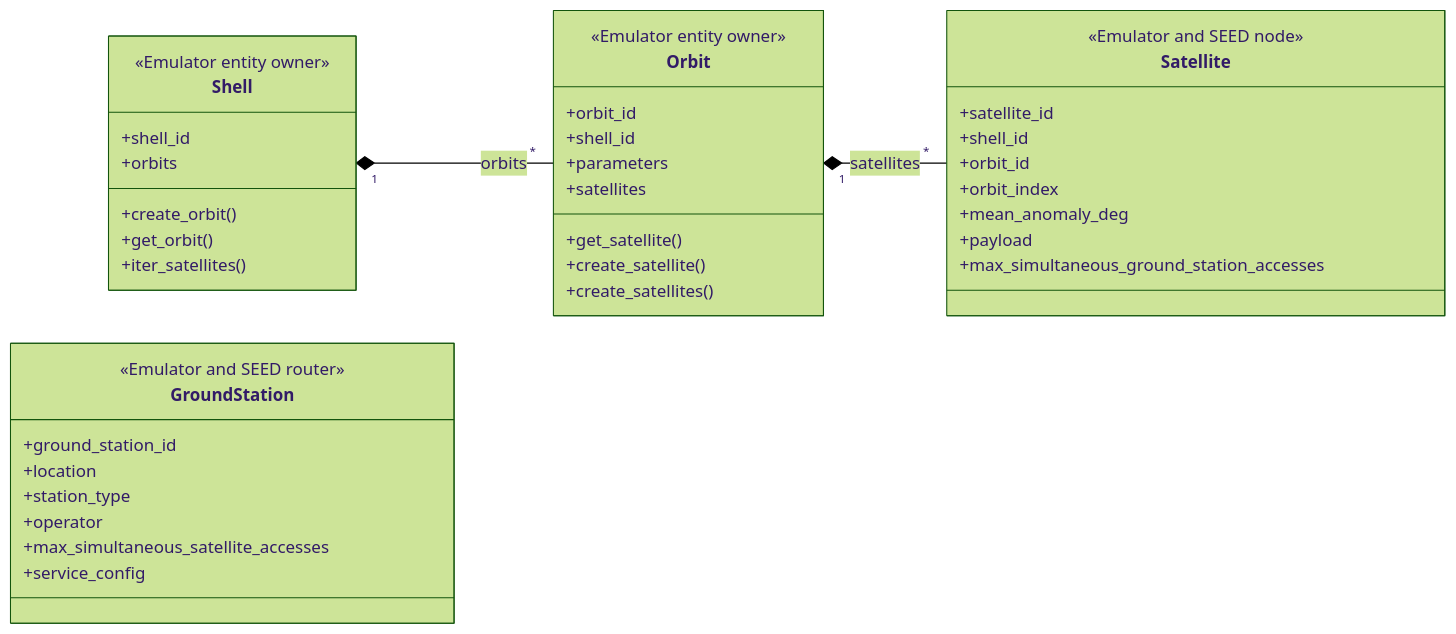
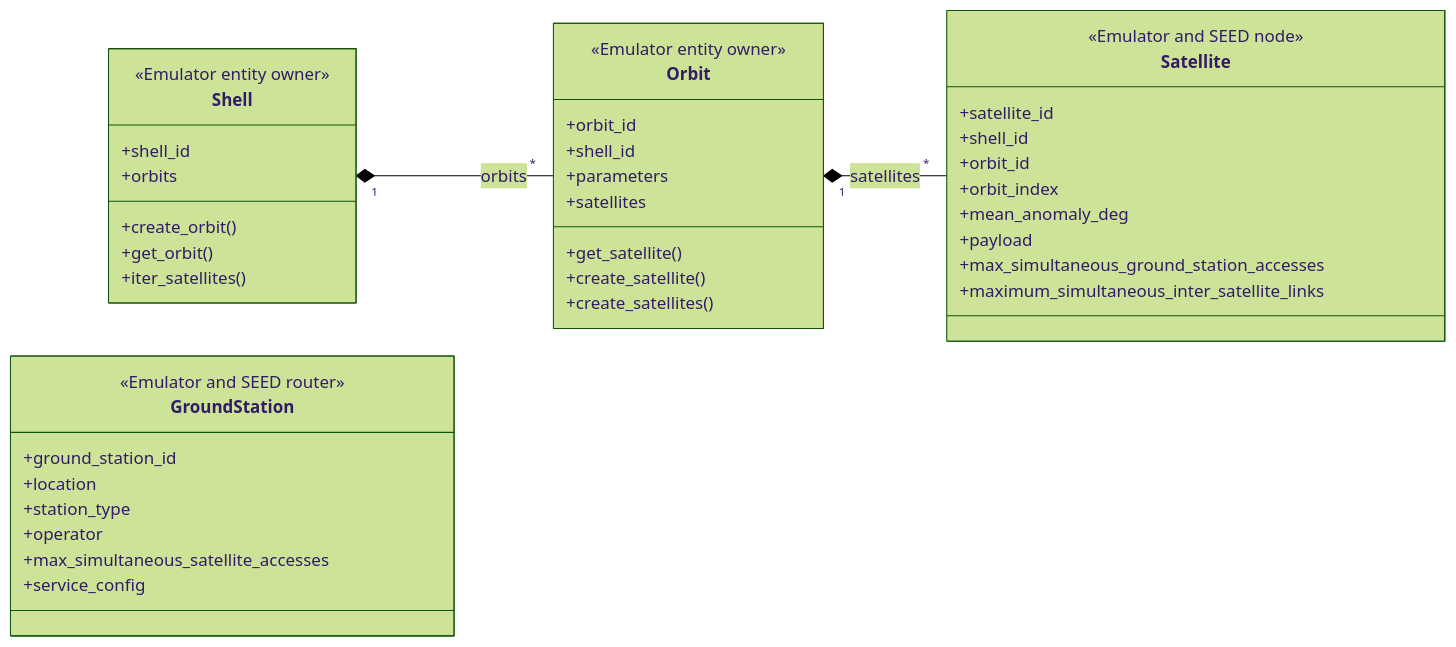
Before and after one commit to seed-labs/skyseed: the third of 4 diagrams in skyseed_v2/src/skyseed_v2/emulator/entities/README.md, drawn with Mermaid (forest theme). The commit also changed other lines of this file and 256 other files, not shown here.

Commit message:
refactor: complete network planner architecture cutover

````diff
--- a/skyseed_v2/src/skyseed_v2/emulator/entities/README.md
+++ b/skyseed_v2/src/skyseed_v2/emulator/entities/README.md
@@ -47,43 +47,44 @@
 ```mermaid
 classDiagram
     direction LR
     class Shell {
         <<Emulator entity owner>>
         +shell_id
         +orbits
         +create_orbit()
         +get_orbit()
         +iter_satellites()
     }
     class Orbit {
         <<Emulator entity owner>>
         +orbit_id
         +shell_id
         +parameters
         +satellites
         +get_satellite()
         +create_satellite()
         +create_satellites()
     }
     class Satellite {
         <<Emulator and SEED node>>
         +satellite_id
         +shell_id
         +orbit_id
         +orbit_index
         +mean_anomaly_deg
         +payload
         +max_simultaneous_ground_station_accesses
+        +maximum_simultaneous_inter_satellite_links
     }
     class GroundStation {
         <<Emulator and SEED router>>
         +ground_station_id
         +location
         +station_type
         +operator
         +max_simultaneous_satellite_accesses
         +service_config
     }
     Shell "1" *-- "*" Orbit : orbits
     Orbit "1" *-- "*" Satellite : satellites
 ```
````
